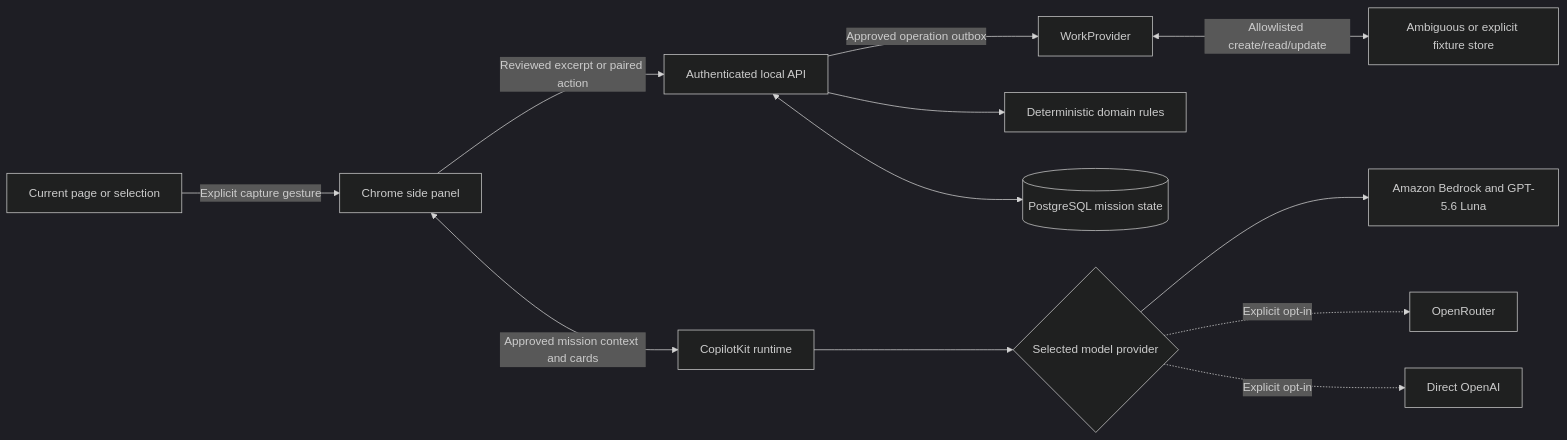
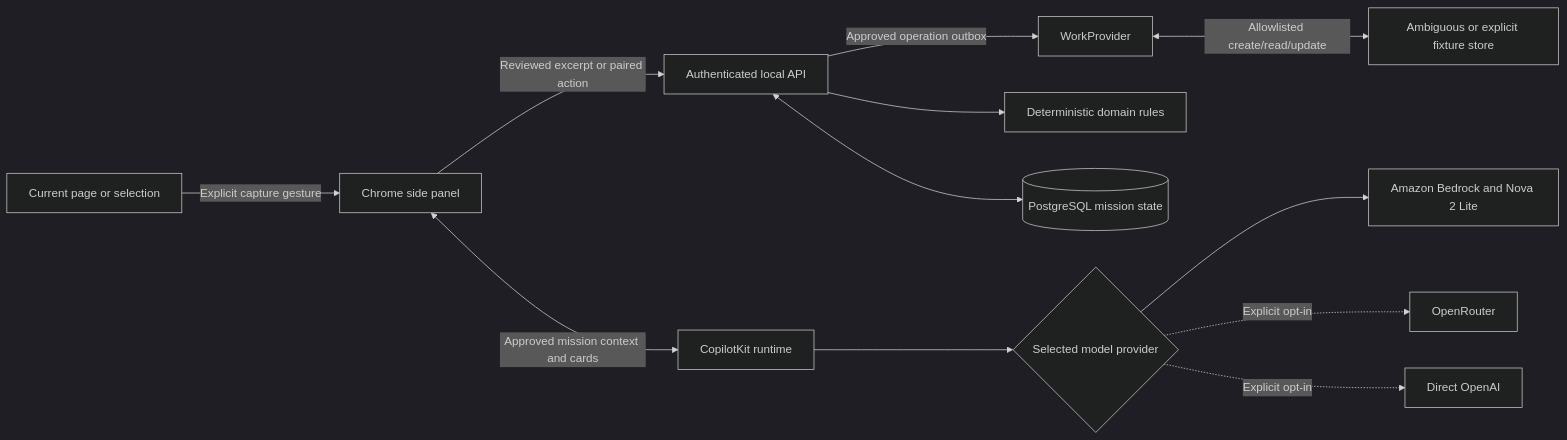
The diagram in docs/architecture.md (Xuefeng-Zhu/MissionDeck), drawn with Mermaid (dark theme) before and after one commit. The commit also changed other lines of this file and 22 other files, not shown here.

Commit message:
Switch Bedrock deployment to Nova 2 Lite

````diff
--- a/docs/architecture.md
+++ b/docs/architecture.md
@@ -27,14 +27,14 @@
 ```mermaid
 flowchart LR
   Page[Current page or selection] -->|Explicit capture gesture| Extension[Chrome side panel]
   Extension -->|Reviewed excerpt or paired action| API[Authenticated local API]
   Extension <-->|Approved mission context and cards| Copilot[CopilotKit runtime]
   Copilot --> Model{Selected model provider}
-  Model --> Bedrock[Amazon Bedrock and GPT-5.6 Luna]
+  Model --> Bedrock[Amazon Bedrock and Nova 2 Lite]
   Model -. Explicit opt-in .-> OpenRouter[OpenRouter]
   Model -. Explicit opt-in .-> OpenAI[Direct OpenAI]
   API --> Domain[Deterministic domain rules]
   API <--> DB[(PostgreSQL mission state)]
   API -->|Approved operation outbox| Adapter[WorkProvider]
   Adapter <-->|Allowlisted create/read/update| Provider[Ambiguous or explicit fixture store]
 ```
````
